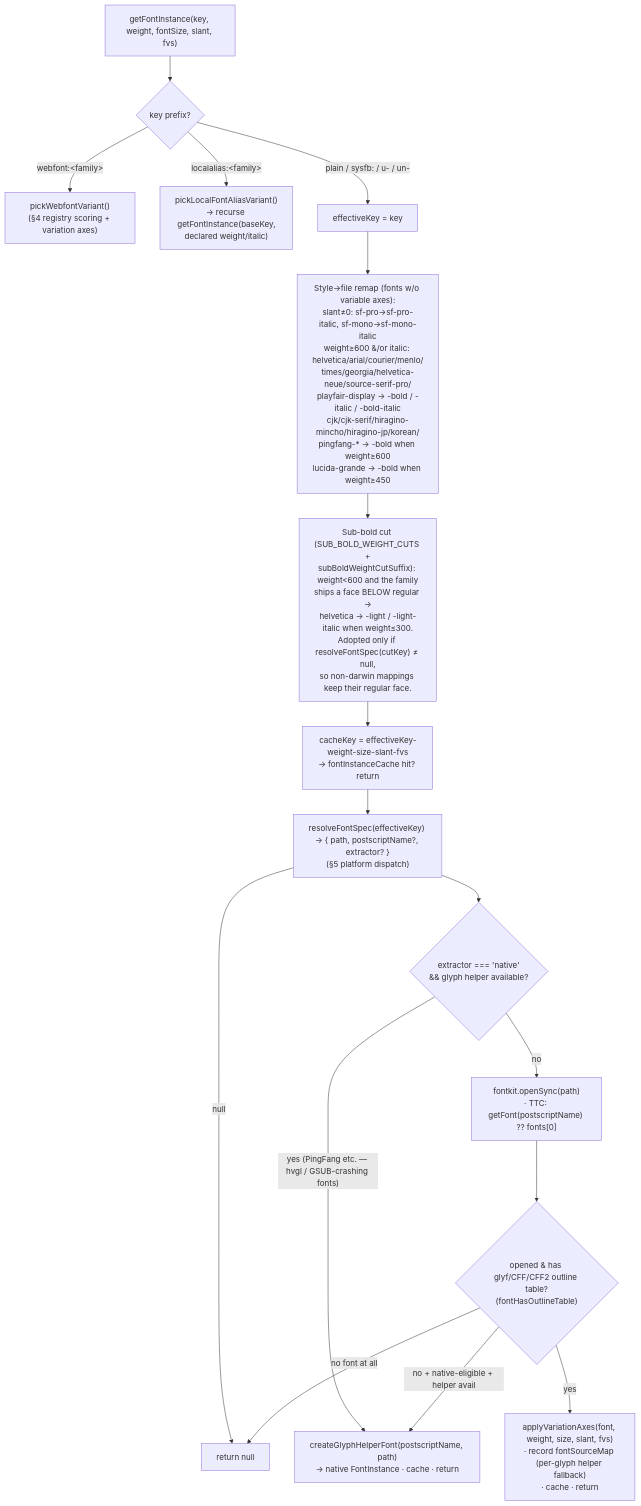
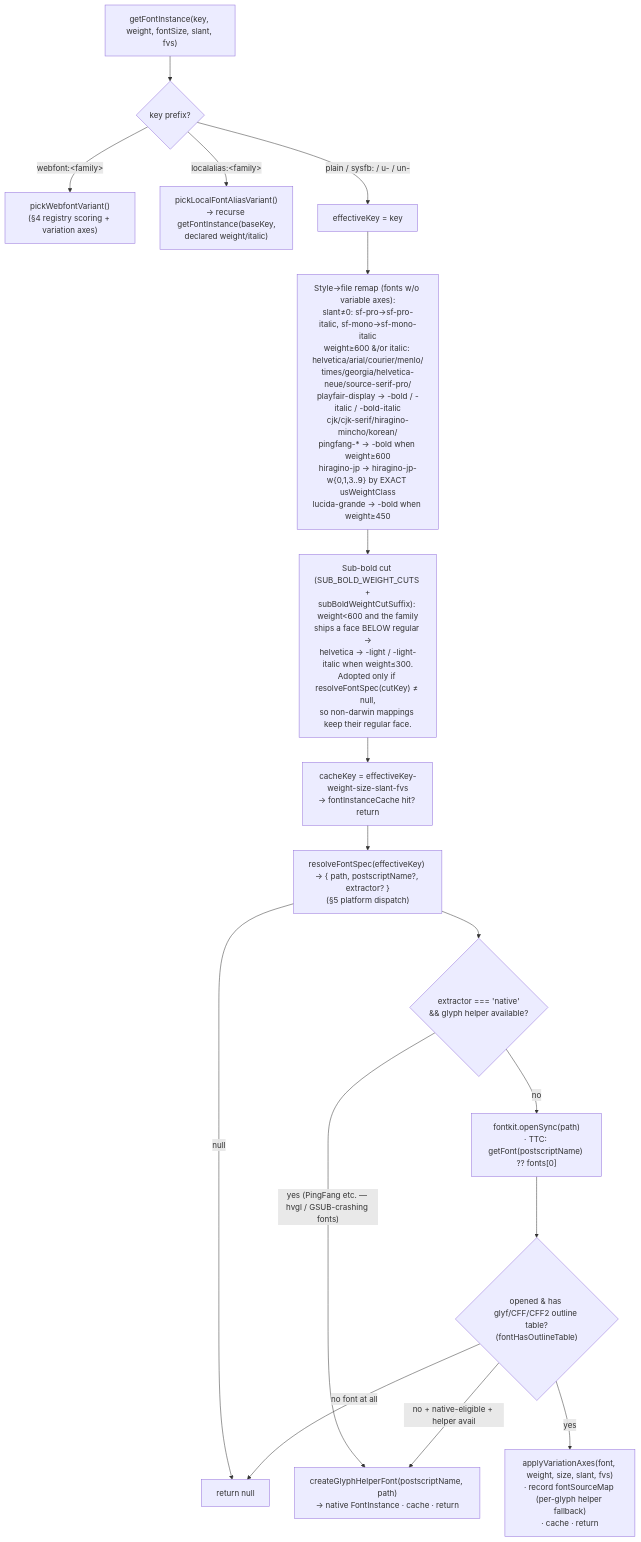
The third of 10 diagrams in docs/font-resolution-diagram.md (brianwestphal/domotion), drawn with Mermaid before and after one commit. The commit also changed other lines of this file, not shown here.

Commit message:
docs(fonts): record the Hiragino Sans weight ladder in the resolution diagram
`docs/font-resolution-diagram.md` is a must-update-in-the-same-commit reference for any font-routing change, and a02e163 changed routing without touching it. Two places were left describing the old behavior: the style→file remap node still grouped `hiragino-jp` with the families that only gain a `-bold` sibling at weight >= 600, and the darwin key table still named the file as HiraKakuProN W3/W6.

Both now describe what the code does: the cut is chosen by exact OS/2.usWeightClass match across W0-W9, the base key is W4, and the note records that the previous pin was a different FAMILY — Hiragino Kaku Gothic ProN, which merely shares the W3 .ttc container with Hiragino Sans — so it was wrong at all nine weights and wrong in family besides.

````diff
--- a/docs/font-resolution-diagram.md
+++ b/docs/font-resolution-diagram.md
@@ -198,20 +198,20 @@
 ```mermaid
 flowchart TD
   G0["getFontInstance(key, weight, fontSize, slant, fvs)"] --> G1{"key prefix?"}
   G1 -->|"webfont:&lt;family&gt;"| GW["pickWebfontVariant()<br/>(§4 registry scoring + variation axes)"]
   G1 -->|"localalias:&lt;family&gt;"| GL["pickLocalFontAliasVariant()<br/>→ recurse getFontInstance(baseKey,<br/>declared weight/italic)"]
   G1 -->|"plain / sysfb: / u- / un-"| G2["effectiveKey = key"]
 
-  G2 --> G3["Style→file remap (fonts w/o variable axes):<br/>slant≠0: sf-pro→sf-pro-italic, sf-mono→sf-mono-italic<br/>weight≥600 &/or italic: helvetica/arial/courier/menlo/<br/>times/georgia/helvetica-neue/source-serif-pro/<br/>playfair-display → -bold / -italic / -bold-italic<br/>cjk/cjk-serif/hiragino-mincho/hiragino-jp/korean/<br/>pingfang-* → -bold when weight≥600<br/>lucida-grande → -bold when weight≥450"]
+  G2 --> G3["Style→file remap (fonts w/o variable axes):<br/>slant≠0: sf-pro→sf-pro-italic, sf-mono→sf-mono-italic<br/>weight≥600 &/or italic: helvetica/arial/courier/menlo/<br/>times/georgia/helvetica-neue/source-serif-pro/<br/>playfair-display → -bold / -italic / -bold-italic<br/>cjk/cjk-serif/hiragino-mincho/korean/<br/>pingfang-* → -bold when weight≥600<br/>hiragino-jp → hiragino-jp-w{0,1,3..9} by EXACT usWeightClass<br/>lucida-grande → -bold when weight≥450"]
   G3 --> G3b["Sub-bold cut (SUB_BOLD_WEIGHT_CUTS +<br/>subBoldWeightCutSuffix): weight&lt;600 and the family<br/>ships a face BELOW regular →<br/>helvetica → -light / -light-italic when weight≤300.<br/>Adopted only if resolveFontSpec(cutKey) ≠ null,<br/>so non-darwin mappings keep their regular face."]
   G3b --> G4["cacheKey = effectiveKey-weight-size-slant-fvs<br/>→ fontInstanceCache hit? return"]
   G4 --> G5["resolveFontSpec(effectiveKey) → { path, postscriptName?, extractor? }<br/>(§5 platform dispatch)"]
   G5 -->|"null"| GNull["return null"]
   G5 --> G6{"extractor === 'native'<br/>&& glyph helper available?"}
   G6 -->|"yes (PingFang etc. — hvgl / GSUB-crashing fonts)"| G7["createGlyphHelperFont(postscriptName, path)<br/>→ native FontInstance · cache · return"]
   G6 -->|"no"| G8["fontkit.openSync(path)<br/>· TTC: getFont(postscriptName) ?? fonts[0]"]
   G8 --> G9{"opened & has glyf/CFF/CFF2 outline table?<br/>(fontHasOutlineTable)"}
   G9 -->|"no + native-eligible + helper avail"| G7
   G9 -->|"no font at all"| GNull
   G9 -->|"yes"| G10["applyVariationAxes(font, weight, size, slant, fvs)<br/>· record fontSourceMap (per-glyph helper fallback)<br/>· cache · return"]
 ```
````
